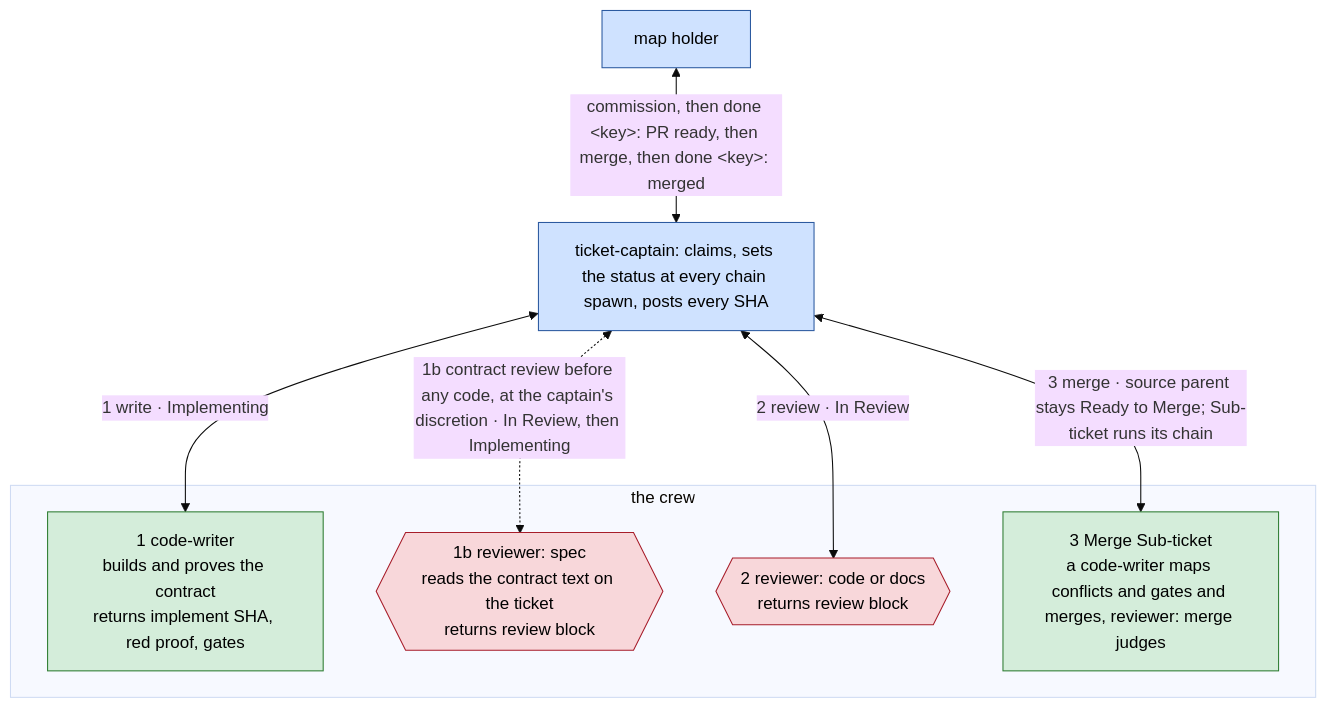
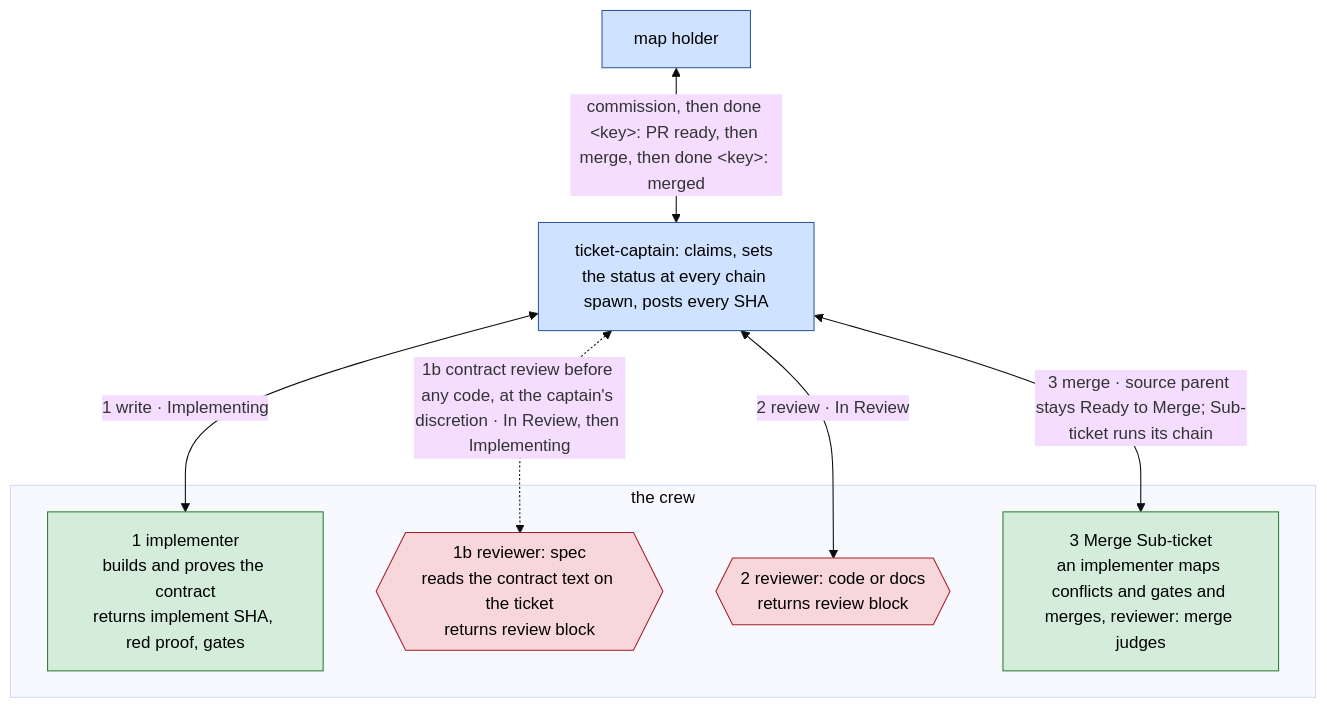
The second of 2 diagrams in README.md (BalazsOrg/dydo), drawn with Mermaid (base theme) before and after one commit. The commit also changed other lines of this file and 31 other files, not shown here.

````diff
--- a/README.md
+++ b/README.md
@@ -112,18 +112,18 @@
 ```mermaid
 flowchart TD
   classDef officer fill:#cfe2ff,stroke:#2c5aa0,color:#000
   classDef crew fill:#d4edda,stroke:#2e7d32,color:#000
   classDef reviewer fill:#f8d7da,stroke:#a71d2a,color:#000
 
   AD[map holder]:::officer <-->|"commission, then done &lt;key&gt;: PR ready, then merge, then done &lt;key&gt;: merged"| IC[ticket-captain: claims, sets the status at every chain spawn, posts every SHA]:::officer
   IC <-->|"1 write · Implementing"| CW
   IC <-.->|"1b contract review before any code, at the captain's discretion · In Review, then Implementing"| RS
   IC <-->|"2 review · In Review"| RC
   IC <-->|"3 merge · source parent stays Ready to Merge; Sub-ticket runs its chain"| MG
   subgraph CREW [the crew]
-    CW[1 code-writer<br>builds and proves the contract<br>returns implement SHA, red proof, gates]:::crew
+    CW[1 implementer<br>builds and proves the contract<br>returns implement SHA, red proof, gates]:::crew
     RS{{1b reviewer: spec<br>reads the contract text on the ticket<br>returns review block}}:::reviewer
     RC{{2 reviewer: code or docs<br>returns review block}}:::reviewer
-    MG[3 Merge Sub-ticket<br>a code-writer maps conflicts and gates and merges, reviewer: merge judges]:::crew
+    MG[3 Merge Sub-ticket<br>an implementer maps conflicts and gates and merges, reviewer: merge judges]:::crew
   end
 ```
````
